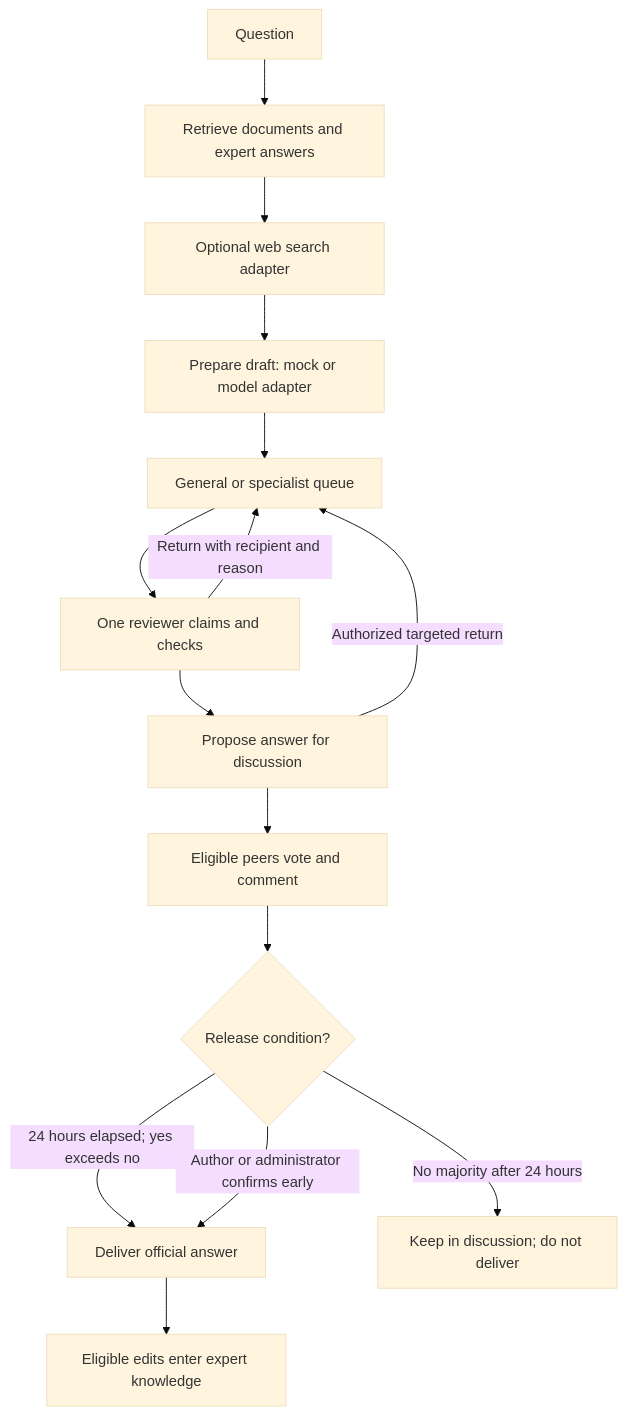
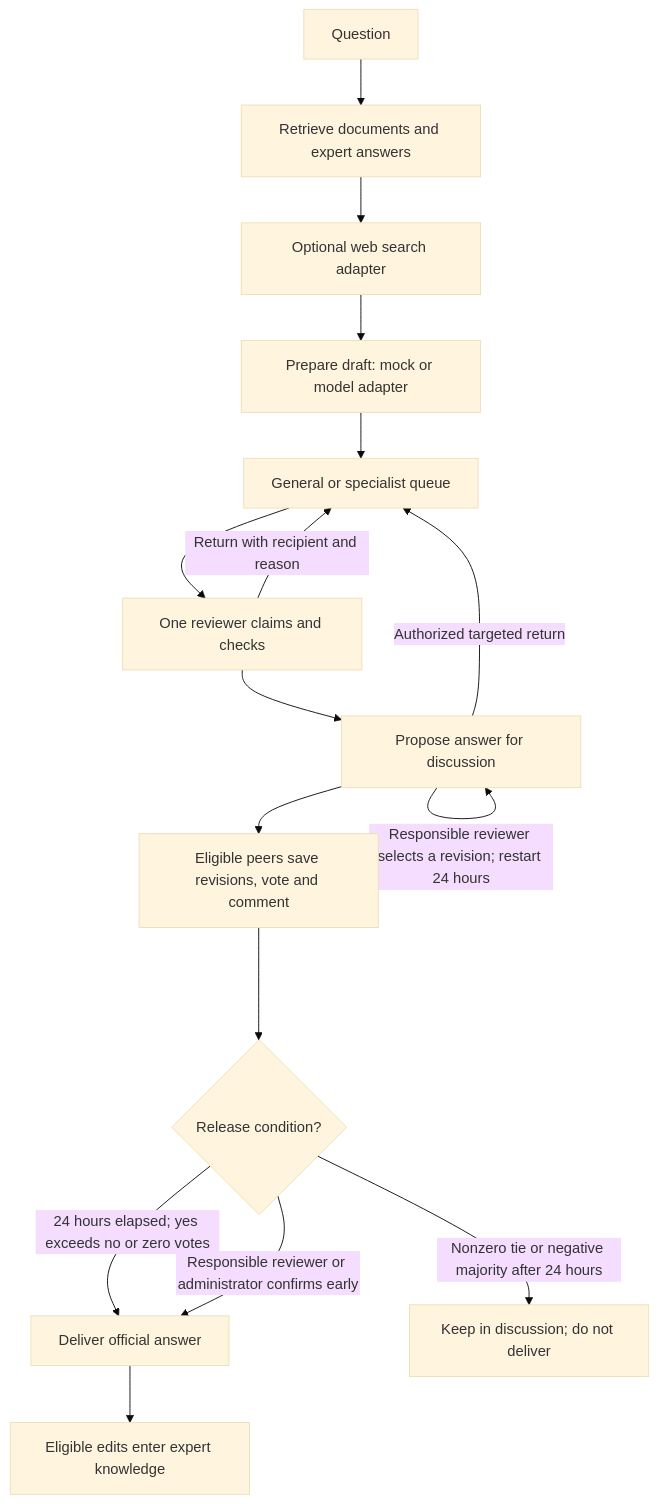
Before and after one commit to MOHAPX-V-IT/RagChat: the diagram in README.md, drawn with Mermaid (base theme). The commit also changed other lines of this file and 28 other files, not shown here.

````diff
--- a/README.md
+++ b/README.md
@@ -60,17 +60,18 @@
 ```mermaid
 flowchart TD
     Q[Question] --> R[Retrieve documents and expert answers]
     R --> S[Optional web search adapter]
     S --> D[Prepare draft: mock or model adapter]
     D --> E[General or specialist queue]
     E --> C[One reviewer claims and checks]
     C --> P[Propose answer for discussion]
-    P --> V[Eligible peers vote and comment]
+    P --> V[Eligible peers save revisions, vote and comment]
     V --> A{Release condition?}
-    A -->|24 hours elapsed; yes exceeds no| F[Deliver official answer]
-    A -->|Author or administrator confirms early| F
-    A -->|No majority after 24 hours| H[Keep in discussion; do not deliver]
+    A -->|24 hours elapsed; yes exceeds no or zero votes| F[Deliver official answer]
+    A -->|Responsible reviewer or administrator confirms early| F
+    A -->|Nonzero tie or negative majority after 24 hours| H[Keep in discussion; do not deliver]
     C -->|Return with recipient and reason| E
+    P -->|Responsible reviewer selects a revision; restart 24 hours| P
     P -->|Authorized targeted return| E
     F --> K[Eligible edits enter expert knowledge]
 ```
````
